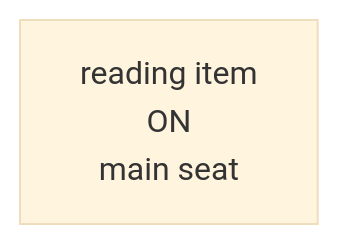
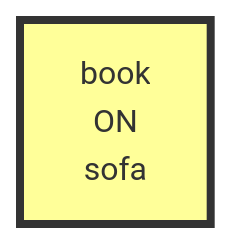
One commit to scuama/virtualhome changed the third of 4 diagrams in evaluation/results/table1/robostate/instruction_type/vague/E1_03/run_T1_INST_E1_03_vague.md. Above: the diagram before and after it, drawn with Mermaid (base theme). The commit also changed other lines of this file and 133 other files, not shown here.

````diff
--- a/evaluation/results/table1/robostate/instruction_type/vague/E1_03/run_T1_INST_E1_03_vague.md
+++ b/evaluation/results/table1/robostate/instruction_type/vague/E1_03/run_T1_INST_E1_03_vague.md
@@ -128,4 +205,5 @@
 ```mermaid
 graph TD
-    N1["reading item<br>ON<br>main seat"]
+    N1["book<br>ON<br>sofa"]
+    style N1 fill:#ff9,stroke:#333,stroke-width:4px
 ```
````
